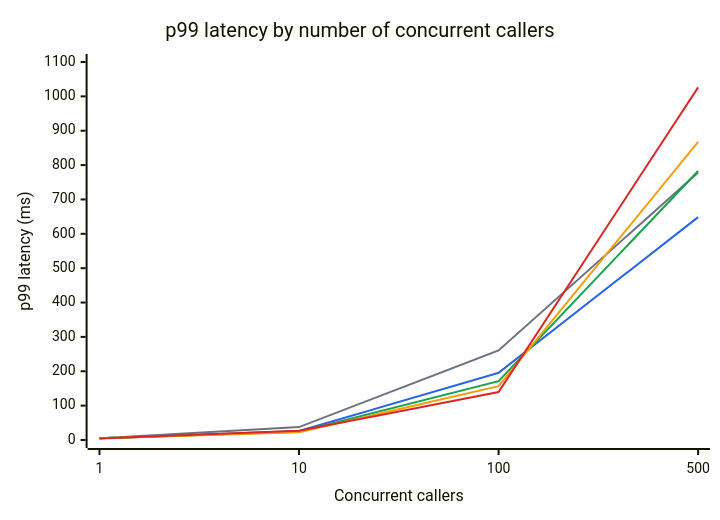
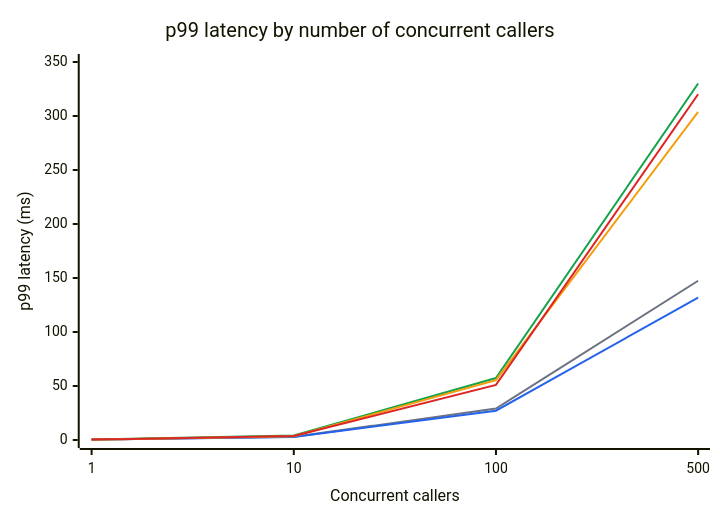
The second of 9 diagrams in docs/benchmarks.md (aisrael/hsm-signing-service), drawn with Mermaid before and after one commit. The commit also changed other lines of this file and 1 other file, not shown here.

````diff
--- a/docs/benchmarks.md
+++ b/docs/benchmarks.md
@@ -89,12 +90,12 @@
 ```mermaid
 %%{init: {"themeVariables": {"xyChart": {"plotColorPalette": "#6b7280,#2563eb,#16a34a,#f59e0b,#dc2626"}}}}%%
 xychart-beta
     title "p99 latency by number of concurrent callers"
     x-axis "Concurrent callers" ["1", "10", "100", "500"]
-    y-axis "p99 latency (ms)" 0 --> 1100
-    line [4.97, 37.64, 260.56, 778.63]
-    line [4.94, 26.02, 195.47, 648.62]
-    line [5.08, 24.29, 171.23, 782.92]
-    line [5.24, 22.74, 156.60, 867.34]
-    line [4.29, 26.67, 139.48, 1026.19]
+    y-axis "p99 latency (ms)" 0 --> 350
+    line [0.36, 2.95, 29.08, 147.44]
+    line [0.37, 2.84, 27.13, 131.88]
+    line [0.36, 4.14, 57.38, 330.06]
+    line [0.35, 3.47, 55.43, 303.83]
+    line [0.37, 3.67, 51.04, 320.17]
 ```
````
